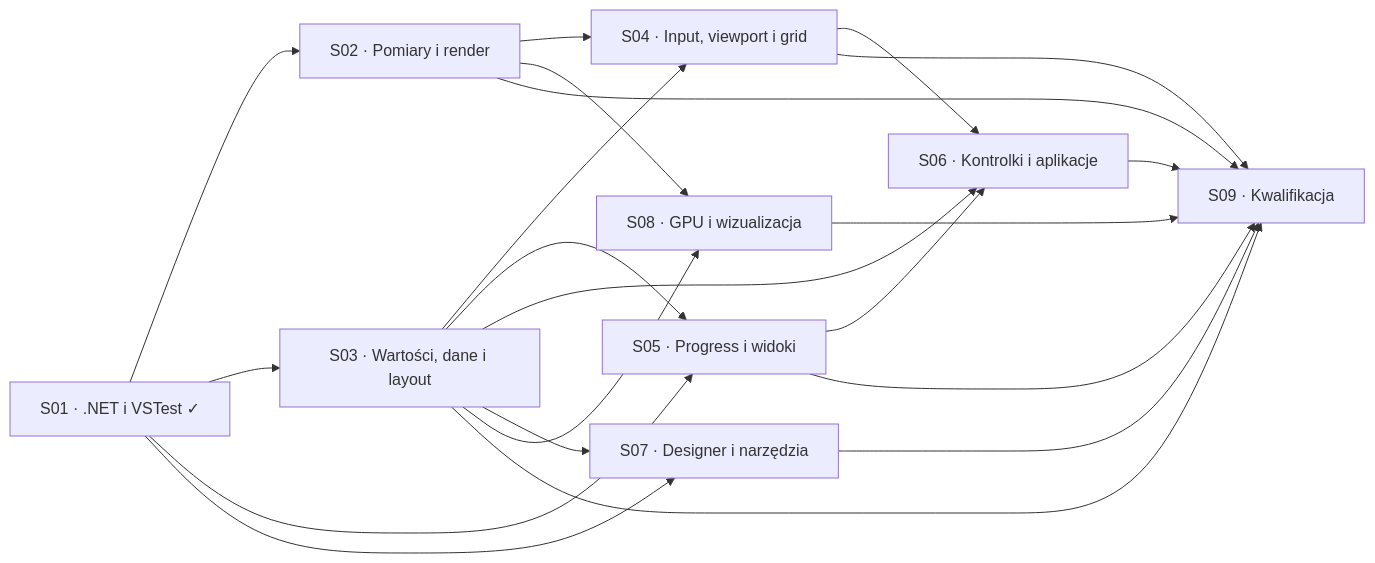
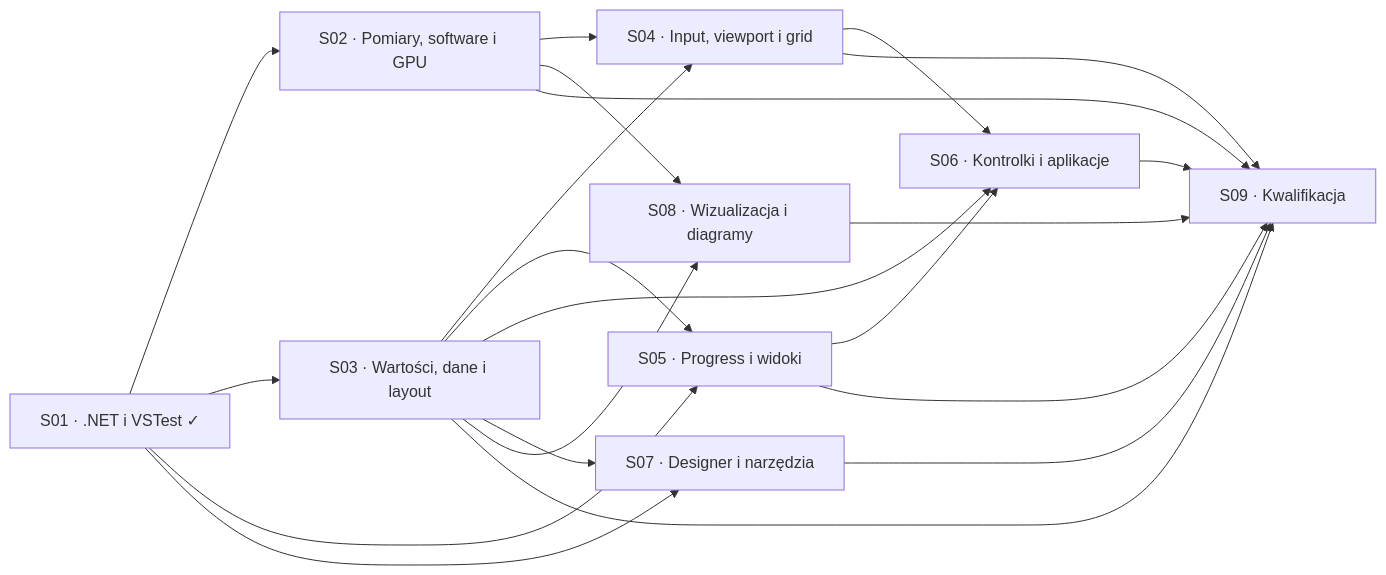
The first of 12 diagrams in docs/development/2.0.0/DEPENDENCY-GRAPH.md (ProGraMajster/ModernFormsNext), drawn with Mermaid before and after one commit. The commit also changed other lines of this file and 8 other files, not shown here.

````diff
--- a/docs/development/2.0.0/DEPENDENCY-GRAPH.md
+++ b/docs/development/2.0.0/DEPENDENCY-GRAPH.md
@@ -11,32 +11,32 @@
 ```mermaid
 flowchart LR
   S01["S01 · .NET i VSTest ✓"]
-  S02["S02 · Pomiary i render"]
+  S02["S02 · Pomiary, software i GPU"]
   S03["S03 · Wartości, dane i layout"]
   S04["S04 · Input, viewport i grid"]
   S05["S05 · Progress i widoki"]
   S06["S06 · Kontrolki i aplikacje"]
   S07["S07 · Designer i narzędzia"]
-  S08["S08 · GPU i wizualizacja"]
+  S08["S08 · Wizualizacja i diagramy"]
   S09["S09 · Kwalifikacja"]
   S01 --> S02
   S01 --> S03
   S02 --> S04
   S03 --> S04
   S01 --> S05
   S03 --> S05
   S03 --> S06
   S04 --> S06
   S05 --> S06
   S01 --> S07
   S03 --> S07
   S02 --> S08
   S03 --> S08
   S02 --> S09
   S03 --> S09
   S04 --> S09
   S05 --> S09
   S06 --> S09
   S07 --> S09
   S08 --> S09
 ```
````
